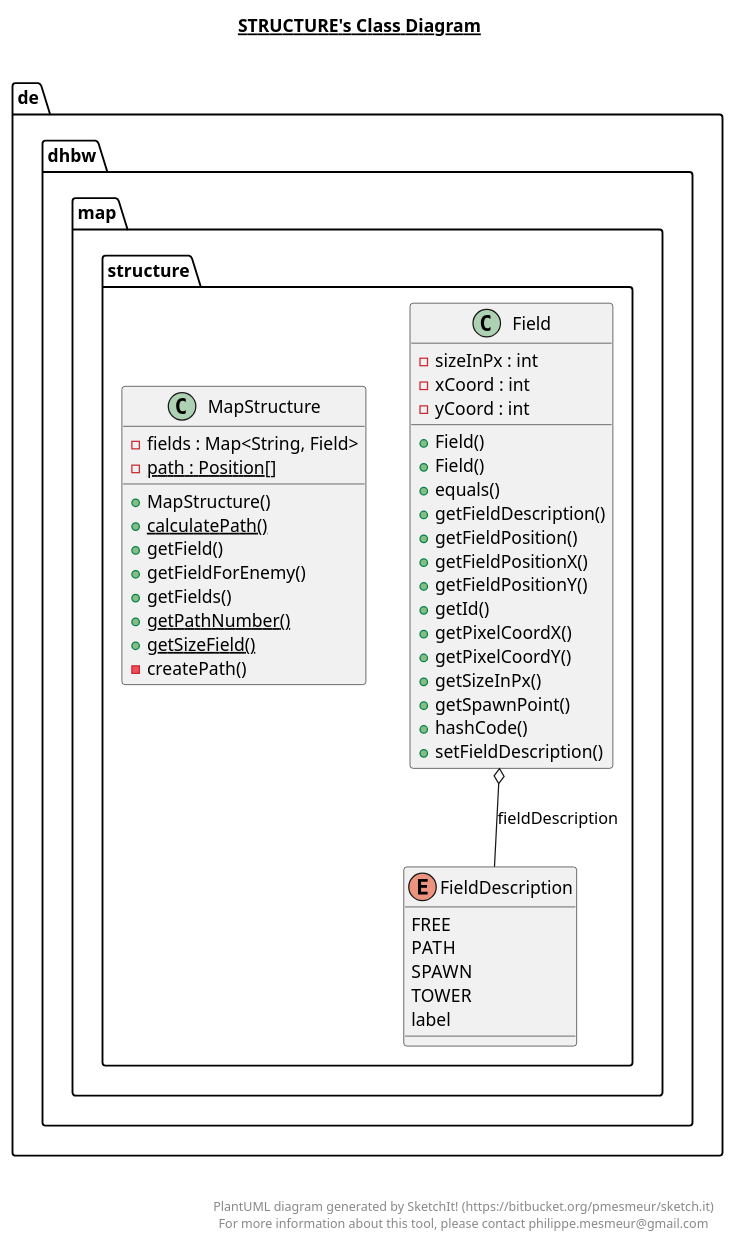
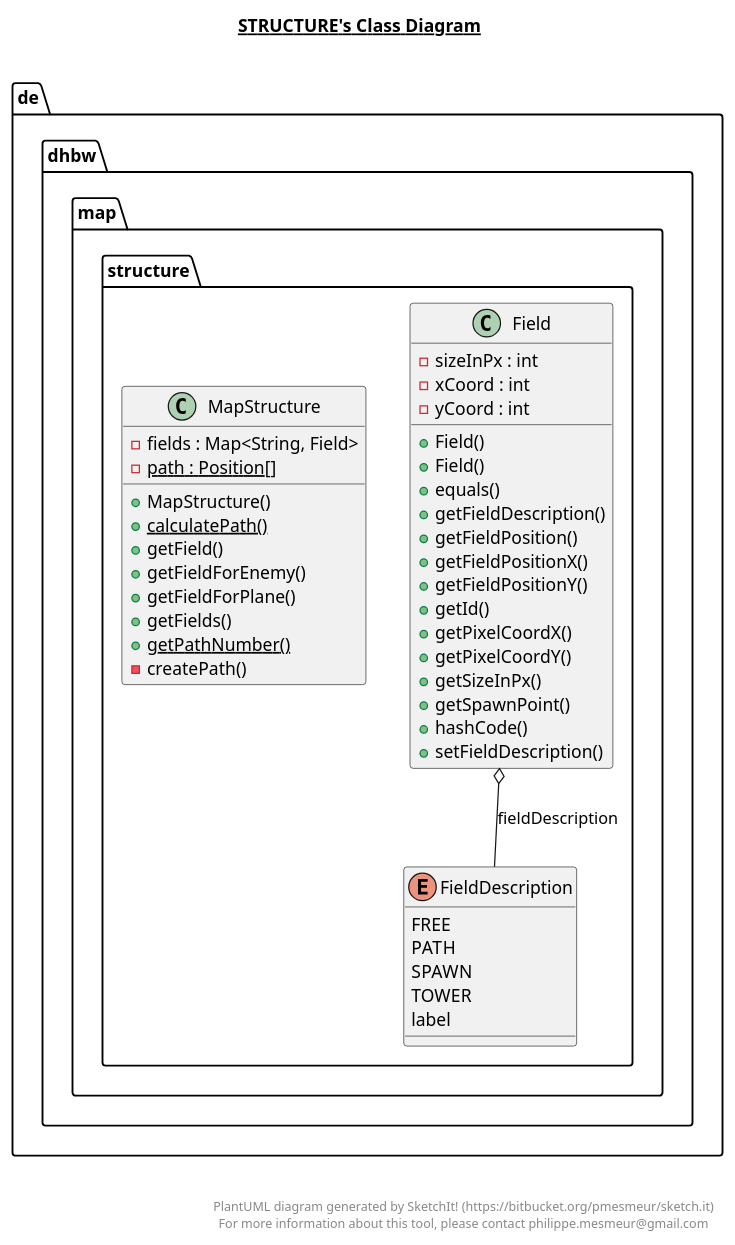
Before and after one commit to niwa99/Tower-Defense: the diagram in app/src/main/java/de/dhbw/map/structure/structure.plantuml, drawn with PlantUML. The commit also changed 12 other files, not shown here.

Commit message:
Update Class Diagram

```diff
--- a/app/src/main/java/de/dhbw/map/structure/structure.plantuml
+++ b/app/src/main/java/de/dhbw/map/structure/structure.plantuml
@@ -1,71 +1,71 @@
 @startuml
 
 title __STRUCTURE's Class Diagram__\n
 
   namespace de.dhbw {
     namespace map.structure {
       class de.dhbw.map.structure.Field {
           - sizeInPx : int
           - xCoord : int
           - yCoord : int
           + Field()
           + Field()
           + equals()
           + getFieldDescription()
           + getFieldPosition()
           + getFieldPositionX()
           + getFieldPositionY()
           + getId()
           + getPixelCoordX()
           + getPixelCoordY()
           + getSizeInPx()
           + getSpawnPoint()
           + hashCode()
           + setFieldDescription()
       }
     }
   }
   
 
   namespace de.dhbw {
     namespace map.structure {
       enum FieldDescription {
         FREE
         PATH
         SPAWN
         TOWER
         label
       }
     }
   }
   
 
   namespace de.dhbw {
     namespace map.structure {
       class de.dhbw.map.structure.MapStructure {
           - fields : Map<String, Field>
           {static} - path : Position[]
           + MapStructure()
           {static} + calculatePath()
           + getField()
           + getFieldForEnemy()
+          + getFieldForPlane()
           + getFields()
           {static} + getPathNumber()
-          {static} + getSizeField()
           - createPath()
       }
     }
   }
   
 
   de.dhbw.map.structure.Field o-- de.dhbw.map.structure.FieldDescription : fieldDescription
 
 
 right footer
 
 
 PlantUML diagram generated by SketchIt! (https://bitbucket.org/pmesmeur/sketch.it)
 For more information about this tool, please contact philippe.mesmeur@gmail.com
 endfooter
 
 @enduml
```
